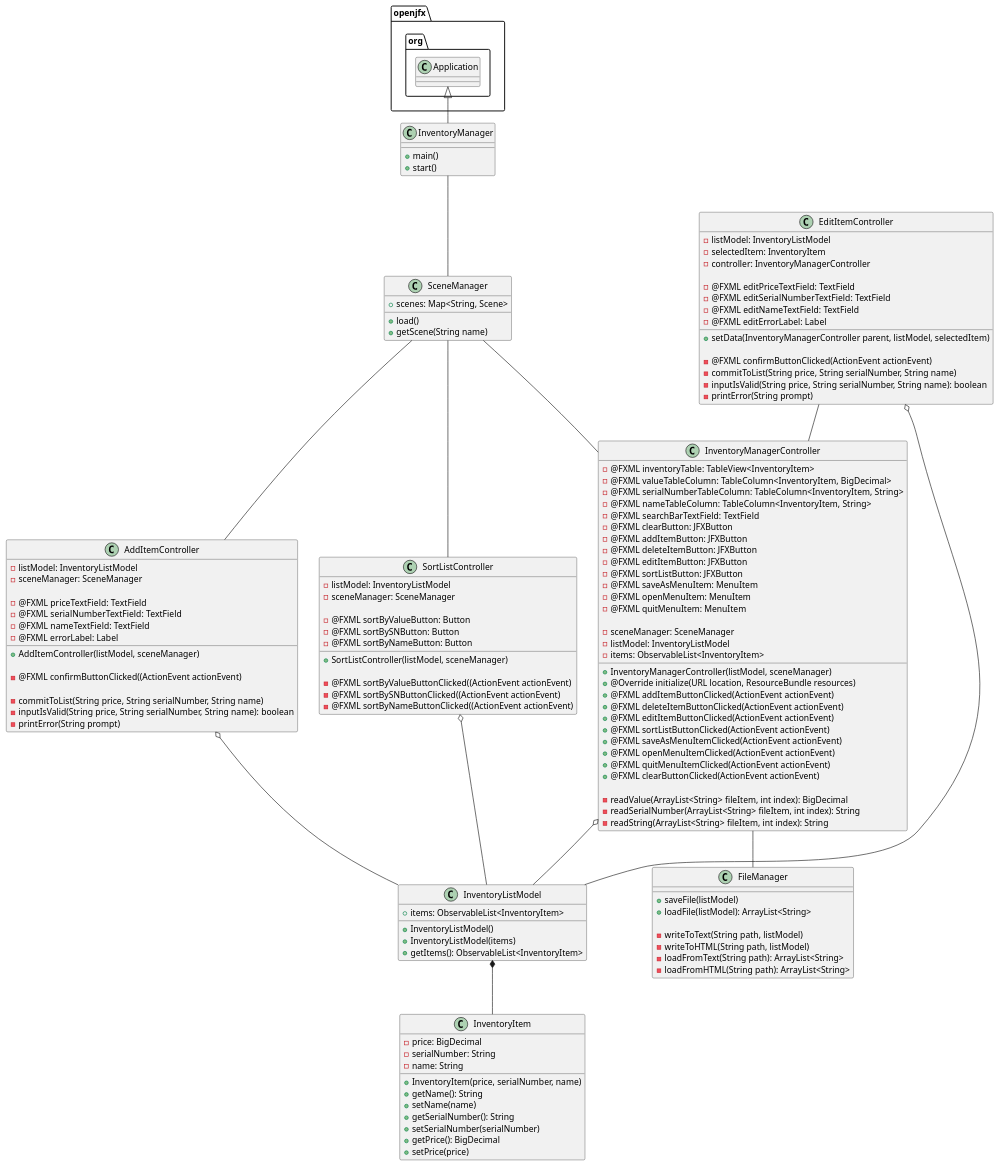
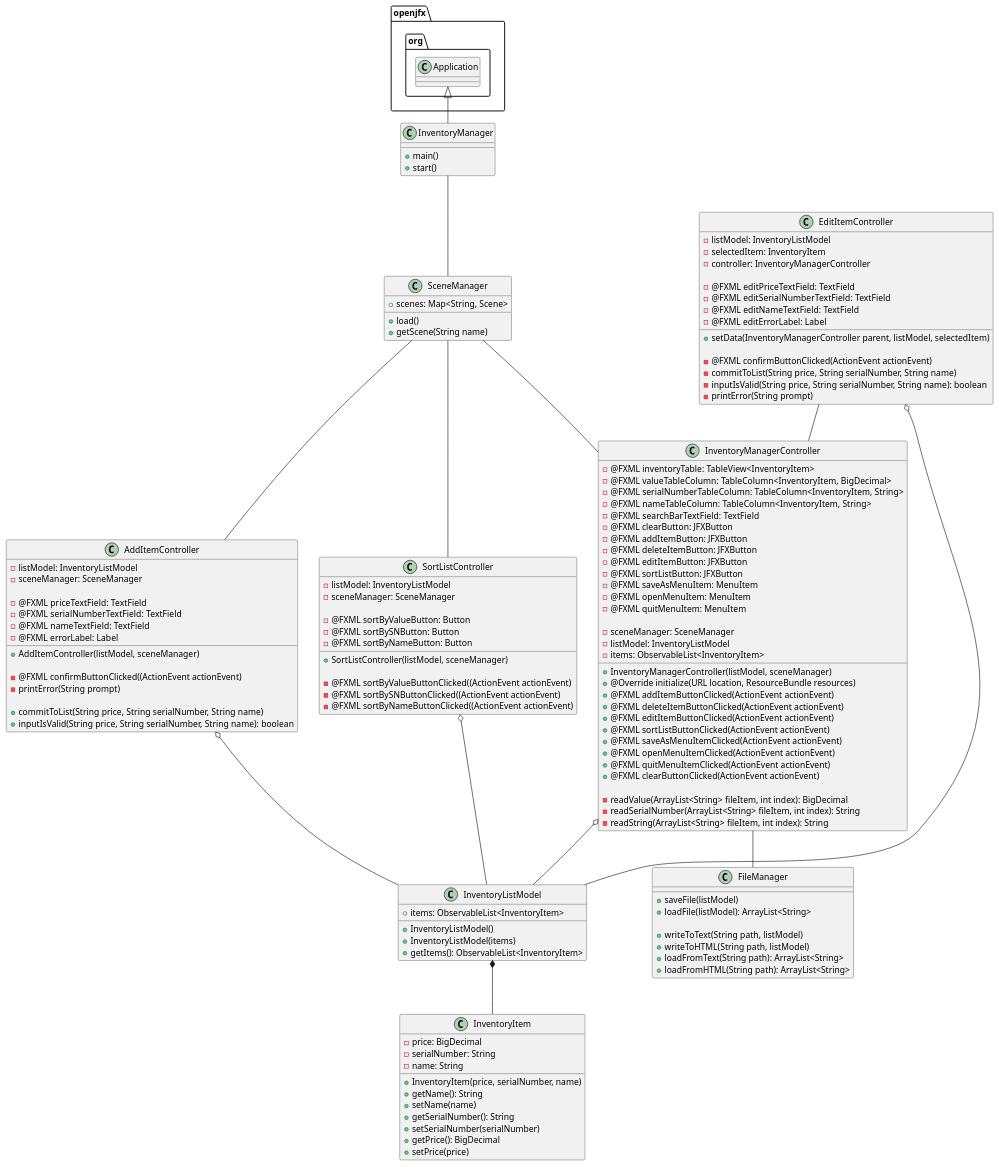
One commit to GabrielFernandez14/fernandez-0914-a5 changed the diagram in uml/InventoryManager.puml. Above: the diagram before and after it, drawn with PlantUML. The commit also changed 17 other files, not shown here.

```diff
--- a/uml/InventoryManager.puml
+++ b/uml/InventoryManager.puml
@@ -1,145 +1,145 @@
 @startuml
 
 class InventoryManager {
     + main()
     + start()
 }
 
 class SceneManager {
     + scenes: Map<String, Scene>
 
     + load()
     + getScene(String name)
 }
 
 class InventoryManagerController {
     - @FXML inventoryTable: TableView<InventoryItem>
     - @FXML valueTableColumn: TableColumn<InventoryItem, BigDecimal>
     - @FXML serialNumberTableColumn: TableColumn<InventoryItem, String>
     - @FXML nameTableColumn: TableColumn<InventoryItem, String>
     - @FXML searchBarTextField: TextField
     - @FXML clearButton: JFXButton
     - @FXML addItemButton: JFXButton
     - @FXML deleteItemButton: JFXButton
     - @FXML editItemButton: JFXButton
     - @FXML sortListButton: JFXButton
     - @FXML saveAsMenuItem: MenuItem
     - @FXML openMenuItem: MenuItem
     - @FXML quitMenuItem: MenuItem
 
     - sceneManager: SceneManager
     - listModel: InventoryListModel
     - items: ObservableList<InventoryItem>
 
     + InventoryManagerController(listModel, sceneManager)
     + @Override initialize(URL location, ResourceBundle resources)
     + @FXML addItemButtonClicked(ActionEvent actionEvent)
     + @FXML deleteItemButtonClicked(ActionEvent actionEvent)
     + @FXML editItemButtonClicked(ActionEvent actionEvent)
     + @FXML sortListButtonClicked(ActionEvent actionEvent)
     + @FXML saveAsMenuItemClicked(ActionEvent actionEvent)
     + @FXML openMenuItemClicked(ActionEvent actionEvent)
     + @FXML quitMenuItemClicked(ActionEvent actionEvent)
     + @FXML clearButtonClicked(ActionEvent actionEvent)
 
     - readValue(ArrayList<String> fileItem, int index): BigDecimal
     - readSerialNumber(ArrayList<String> fileItem, int index): String
     - readString(ArrayList<String> fileItem, int index): String
 }
 
 class InventoryListModel {
     + items: ObservableList<InventoryItem>
 
     + InventoryListModel()
     + InventoryListModel(items)
     + getItems(): ObservableList<InventoryItem>
 }
 
 class InventoryItem {
     - price: BigDecimal
     - serialNumber: String
     - name: String
 
     + InventoryItem(price, serialNumber, name)
     + getName(): String
     + setName(name)
     + getSerialNumber(): String
     + setSerialNumber(serialNumber)
     + getPrice(): BigDecimal
     + setPrice(price)
 }
 
 class AddItemController {
     - listModel: InventoryListModel
     - sceneManager: SceneManager
 
     - @FXML priceTextField: TextField
     - @FXML serialNumberTextField: TextField
     - @FXML nameTextField: TextField
     - @FXML errorLabel: Label
 
     + AddItemController(listModel, sceneManager)
 
     - @FXML confirmButtonClicked((ActionEvent actionEvent)
+    - printError(String prompt)
 
-    - commitToList(String price, String serialNumber, String name)
-    - inputIsValid(String price, String serialNumber, String name): boolean
-    - printError(String prompt)
+    + commitToList(String price, String serialNumber, String name)
+    + inputIsValid(String price, String serialNumber, String name): boolean
 }
 
 class EditItemController {
     - listModel: InventoryListModel
     - selectedItem: InventoryItem
     - controller: InventoryManagerController
 
     - @FXML editPriceTextField: TextField
     - @FXML editSerialNumberTextField: TextField
     - @FXML editNameTextField: TextField
     - @FXML editErrorLabel: Label
 
     + setData(InventoryManagerController parent, listModel, selectedItem)
 
     - @FXML confirmButtonClicked(ActionEvent actionEvent)
     - commitToList(String price, String serialNumber, String name)
     - inputIsValid(String price, String serialNumber, String name): boolean
     - printError(String prompt)
 }
 
 class SortListController {
     - listModel: InventoryListModel
     - sceneManager: SceneManager
 
     - @FXML sortByValueButton: Button
     - @FXML sortBySNButton: Button
     - @FXML sortByNameButton: Button
 
     + SortListController(listModel, sceneManager)
 
     - @FXML sortByValueButtonClicked((ActionEvent actionEvent)
     - @FXML sortBySNButtonClicked((ActionEvent actionEvent)
     - @FXML sortByNameButtonClicked((ActionEvent actionEvent)
 }
 
 class FileManager {
     + saveFile(listModel)
     + loadFile(listModel): ArrayList<String>
 
-    - writeToText(String path, listModel)
-    - writeToHTML(String path, listModel)
-    - loadFromText(String path): ArrayList<String>
-    - loadFromHTML(String path): ArrayList<String>
+    + writeToText(String path, listModel)
+    + writeToHTML(String path, listModel)
+    + loadFromText(String path): ArrayList<String>
+    + loadFromHTML(String path): ArrayList<String>
 }
 
 openjfx.org.Application <|-- InventoryManager
 InventoryManager -- SceneManager
 SceneManager -- InventoryManagerController
 SceneManager -- AddItemController
 SceneManager -- SortListController
 EditItemController -- InventoryManagerController
 InventoryManagerController o-- InventoryListModel
 InventoryManagerController -- FileManager
 AddItemController o-- InventoryListModel
 EditItemController o-- InventoryListModel
 SortListController o-- InventoryListModel
 InventoryListModel *== InventoryItem
 @enduml
```
